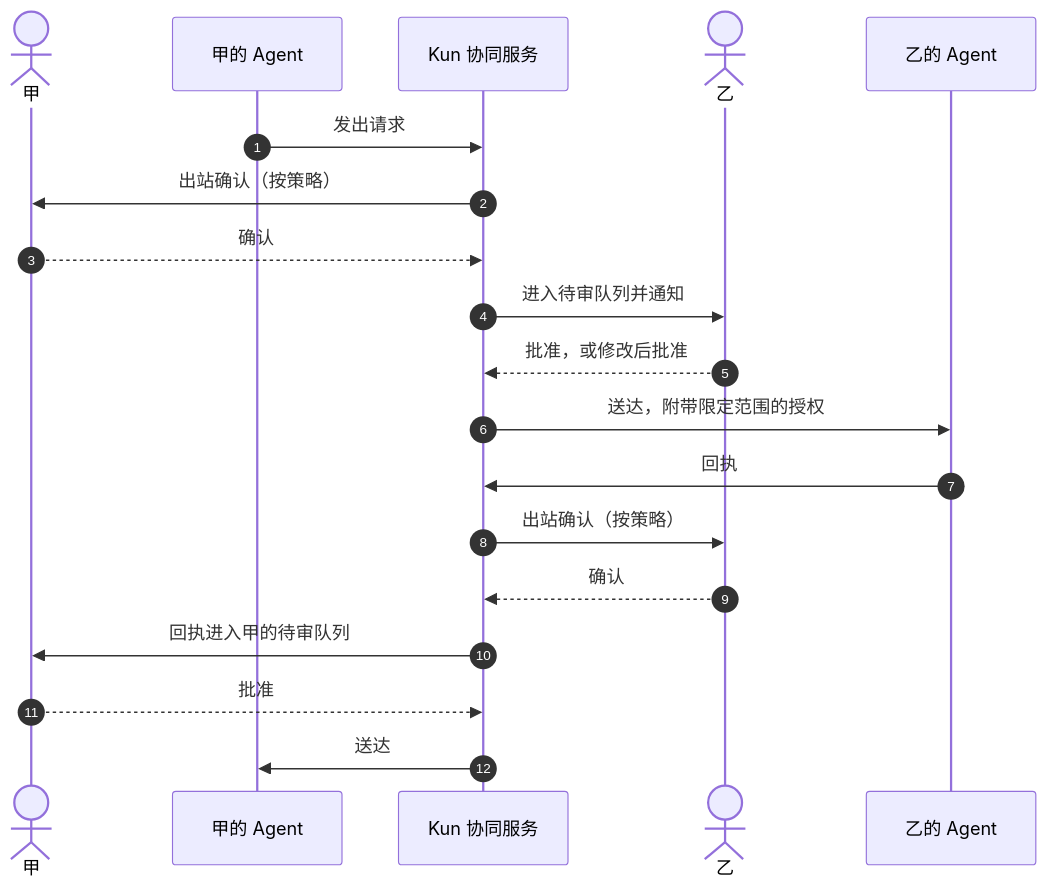
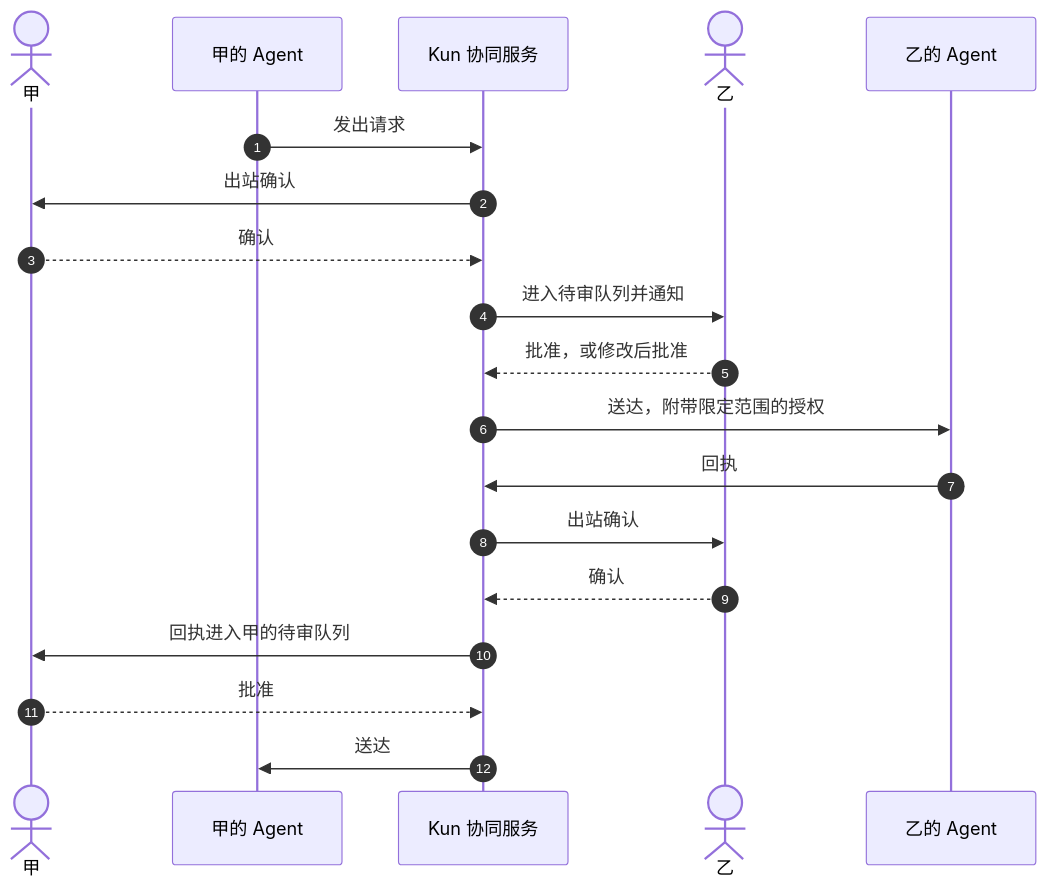
The second of 2 diagrams in docs/04-agent-collaboration.md (CavaiLAB/jiangxin), drawn with Mermaid before and after one commit. The commit also changed other lines of this file and 21 other files, not shown here.

````diff
--- a/docs/04-agent-collaboration.md
+++ b/docs/04-agent-collaboration.md
@@ -142,21 +167,21 @@
 ```mermaid
 sequenceDiagram
   autonumber
   actor J as 甲
   participant A as 甲的 Agent
   participant C as Kun 协同服务
   actor Y as 乙
   participant B as 乙的 Agent
   A->>C: 发出请求
-  C->>J: 出站确认（按策略）
+  C->>J: 出站确认
   J-->>C: 确认
   C->>Y: 进入待审队列并通知
   Y-->>C: 批准，或修改后批准
   C->>B: 送达，附带限定范围的授权
   B->>C: 回执
-  C->>Y: 出站确认（按策略）
+  C->>Y: 出站确认
   Y-->>C: 确认
   C->>J: 回执进入甲的待审队列
   J-->>C: 批准
   C->>A: 送达
 ```
````
